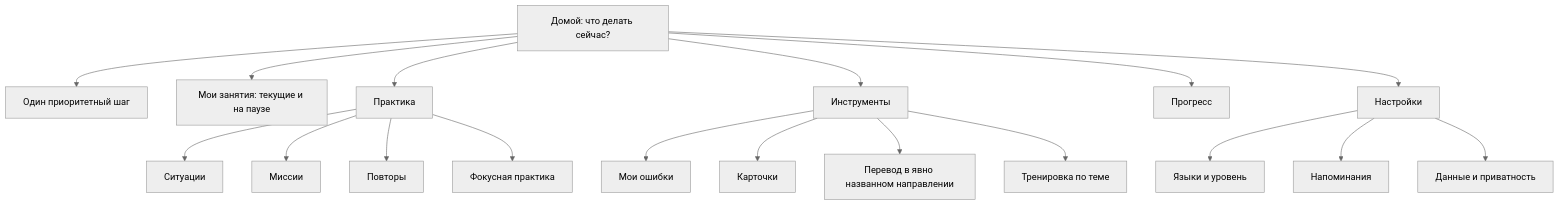
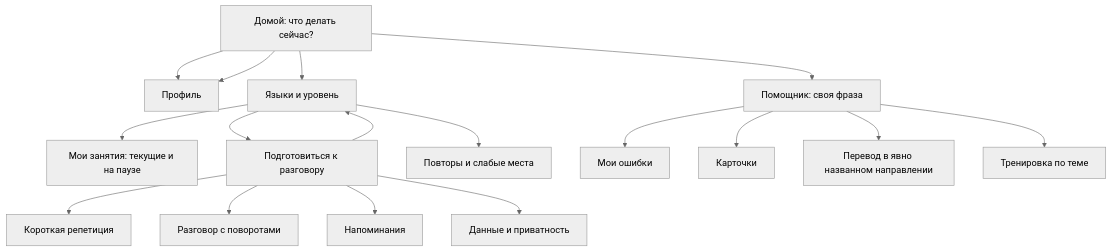
Before and after one commit to 890su/tutorlaing: the diagram in docs/UX_NAVIGATION.md, drawn with Mermaid (neutral theme). The commit also changed other lines of this file and 11 other files, not shown here.

````diff
--- a/docs/UX_NAVIGATION.md
+++ b/docs/UX_NAVIGATION.md
@@ -28,20 +28,19 @@
 ```mermaid
 flowchart TD
     H["Домой: что делать сейчас?"] --> P["Один приоритетный шаг"]
-    H --> A["Мои занятия: текущие и на паузе"]
-    H --> R["Практика"]
-    R --> S["Ситуации"]
-    R --> M["Миссии"]
-    R --> V["Повторы"]
-    R --> F["Фокусная практика"]
-    H --> T["Инструменты"]
-    H --> G["Прогресс"]
-    H --> C["Настройки"]
+    H --> L["Учиться"]
+    L --> A["Мои занятия: текущие и на паузе"]
+    L --> C["Подготовиться к разговору"]
+    C --> S["Короткая репетиция"]
+    C --> M["Разговор с поворотами"]
+    L --> V["Повторы и слабые места"]
+    H --> T["Помощник: своя фраза"]
+    H --> P["Профиль"]
     C --> L["Языки и уровень"]
     C --> N["Напоминания"]
     C --> D["Данные и приватность"]
     T --> E["Мои ошибки"]
     T --> K["Карточки"]
     T --> X["Перевод в явно названном направлении"]
     T --> Q["Тренировка по теме"]
 ```
````
